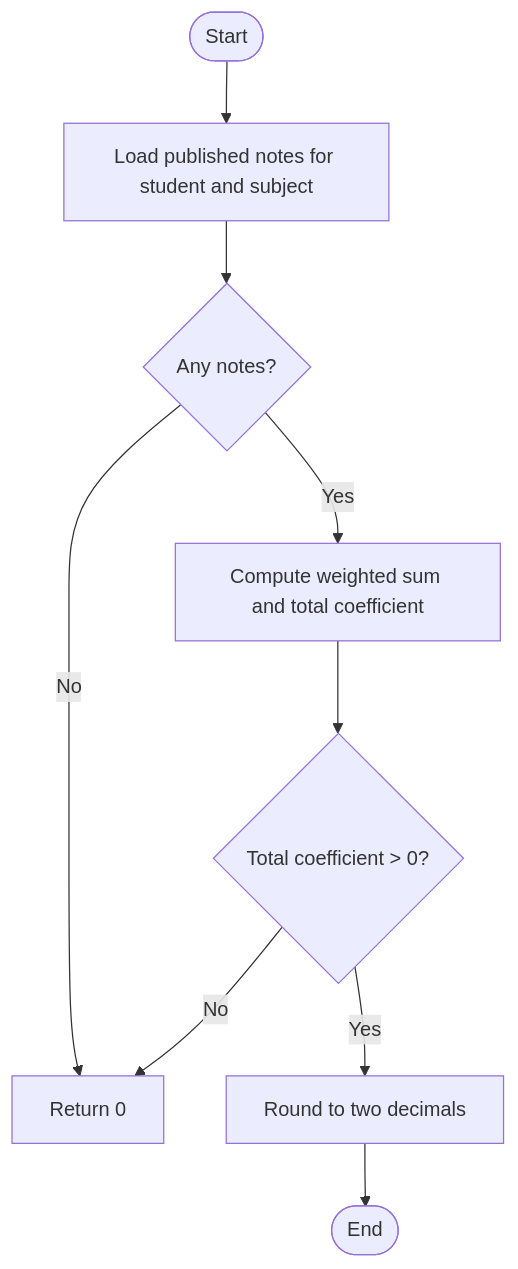
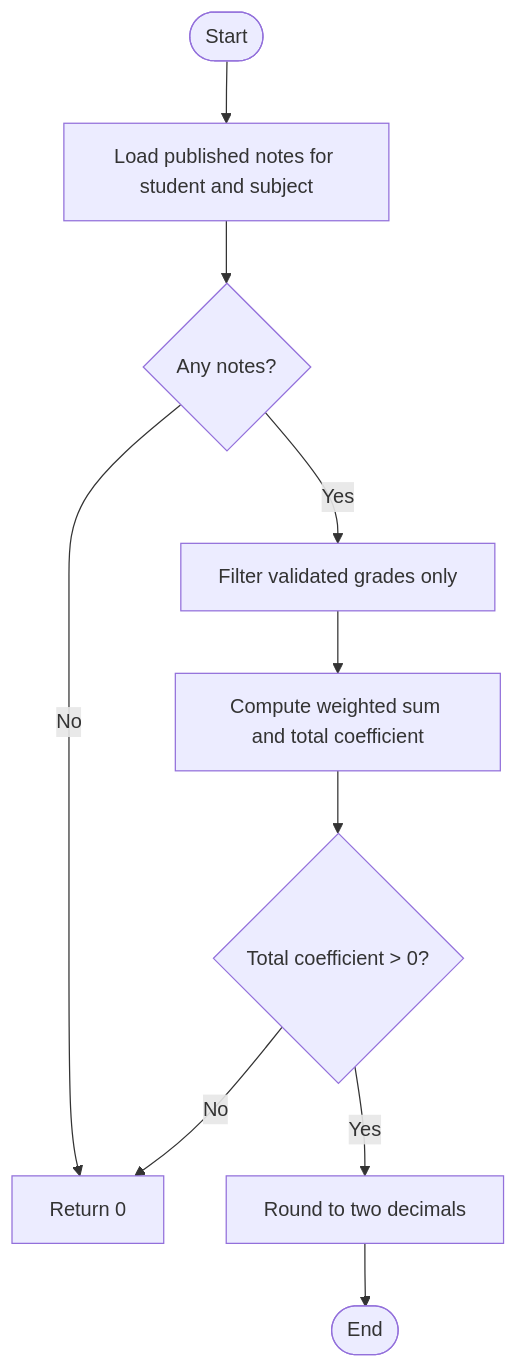
The third of 7 diagrams in .qoder/repowiki/en/content/Backend API Documentation/Grading System API.md (franckylab/eLISAschool), drawn with Mermaid before and after one commit. The commit also changed other lines of this file and 358 other files, not shown here.

````diff
--- a/.qoder/repowiki/en/content/Backend API Documentation/Grading System API.md
+++ b/.qoder/repowiki/en/content/Backend API Documentation/Grading System API.md
@@ -172,11 +211,12 @@
 ```mermaid
 flowchart TD
 Start(["Start"]) --> LoadNotes["Load published notes for student and subject"]
 LoadNotes --> HasNotes{"Any notes?"}
 HasNotes --> |No| ReturnZero["Return 0"]
-HasNotes --> |Yes| Sum["Compute weighted sum and total coefficient"]
+HasNotes --> |Yes| FilterValidated["Filter validated grades only"]
+FilterValidated --> Sum["Compute weighted sum and total coefficient"]
 Sum --> Divide{"Total coefficient > 0?"}
 Divide --> |No| ReturnZero
 Divide --> |Yes| Round["Round to two decimals"]
 Round --> End(["End"])
 ```
````
